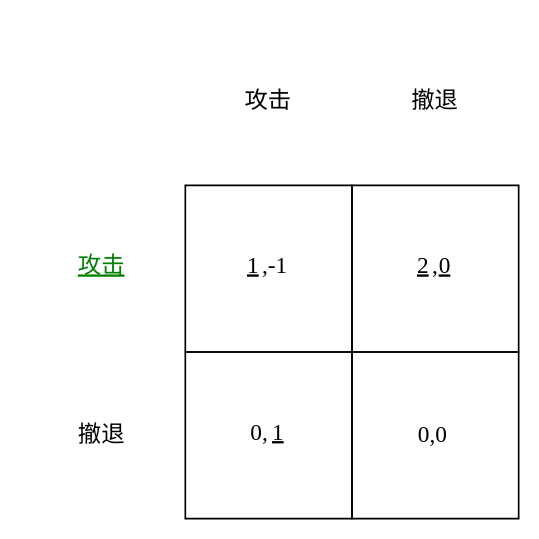
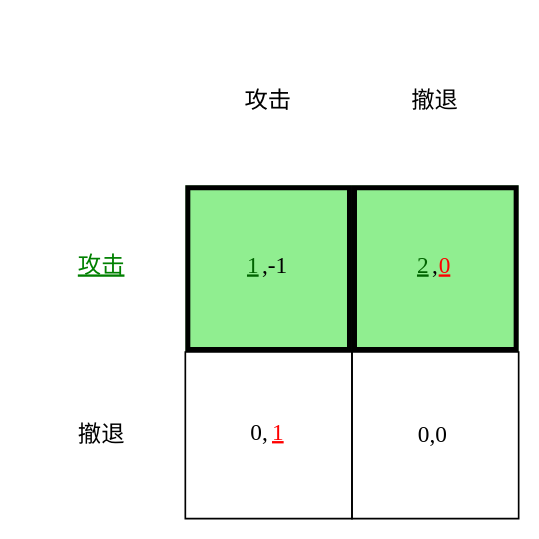
One commit to Binjian/org changed the fourth of 20 diagrams in mode/drl_101.org. Above: the diagram before and after it, drawn with Graphviz. The commit also changed other lines of this file, not shown here.

```diff
--- a/mode/drl_101.org
+++ b/mode/drl_101.org
@@ -210,23 +210,23 @@
 #+begin_src dot :file img/_generated/dominated_fight2.png
 digraph G {
     node1 [shape=none, margin=0, fontname="LXGW WenKai Mono", label=<
         <TABLE BORDER="0" CELLBORDER="0" CELLSPACING="0" CELLPADDING="0" WIDTH="300" HEIGHT="300">
             <TR>
                 <TD WIDTH="100" HEIGHT="100" BGCOLOR="None"></TD>
                 <TD WIDTH="100" HEIGHT="100" BGCOLOR="None">攻击</TD>
                 <TD WIDTH="100" HEIGHT="100" BGCOLOR="None">撤退</TD>
             </TR>
             <TR>
                 <TD WIDTH="100" HEIGHT="100" BGCOLOR="None"><u><font color="green">攻击</font></u></TD>
-                <TD WIDTH="100" HEIGHT="100" BORDER="1"><u>1</u>,-1</TD>
-                <TD WIDTH="100" HEIGHT="100" BORDER="1"><u>2</u>,<u>0</u></TD>
+                <TD WIDTH="100" HEIGHT="100" BGCOLOR="lightgreen" BORDER="3"><u><FONT COLOR="darkgreen">1</FONT></u>,-1</TD>
+                <TD WIDTH="100" HEIGHT="100" BGCOLOR="lightgreen" BORDER="3"><u><FONT COLOR="darkgreen">2</FONT></u>,<u><FONT COLOR="red">0</FONT></u></TD>
             </TR>
             <TR>
                 <TD WIDTH="100" HEIGHT="100" BGCOLOR="None">撤退</TD>
-                <TD WIDTH="100" HEIGHT="100" BORDER="1">0,<u>1</u></TD>
+                <TD WIDTH="100" HEIGHT="100" BORDER="1">0,<u><FONT COLOR="red">1</FONT></u></TD>
                 <TD WIDTH="100" HEIGHT="100" BORDER="1">0,0</TD>
             </TR>
         </TABLE>
     >];
 }
 #+end_src
```
